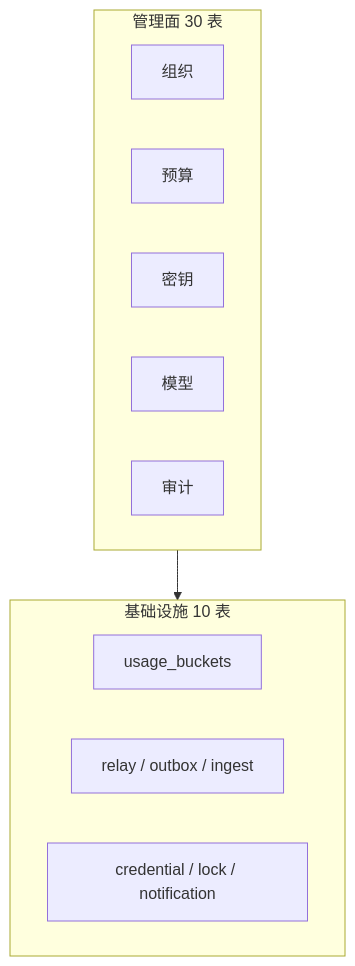
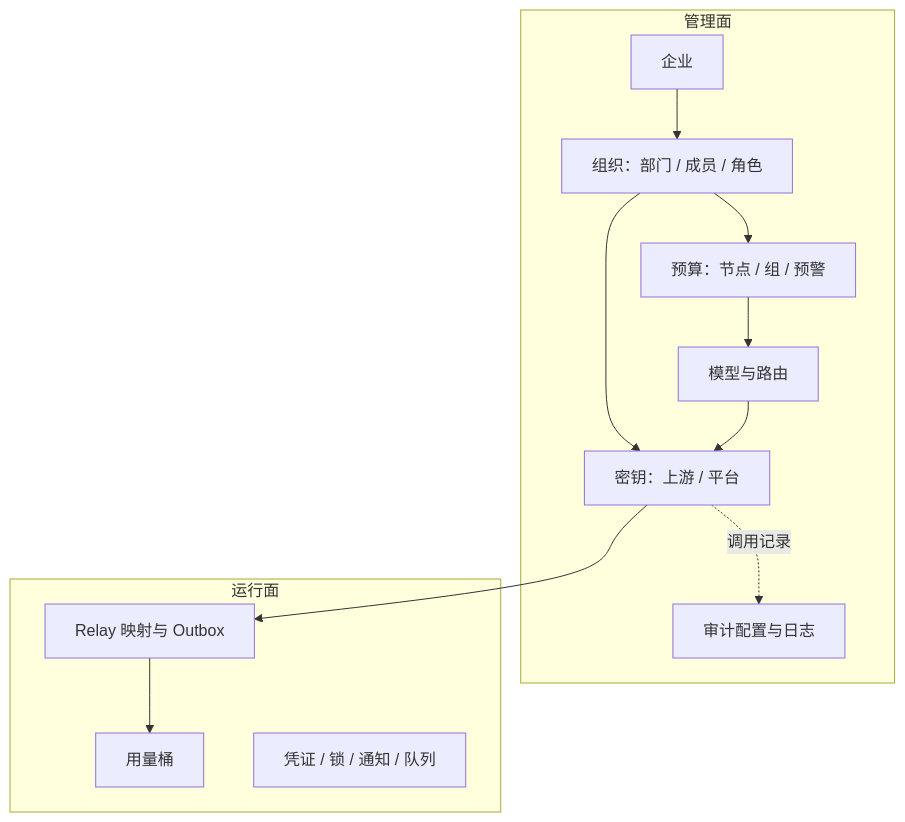
One commit to quyip8818/mytokenjoy changed the first of 21 diagrams in docs/Backend-存储架构.md. Above: the diagram before and after it, drawn with Mermaid. The commit also changed other lines of this file and 120 other files, not shown here.

````diff
--- a/docs/Backend-存储架构.md
+++ b/docs/Backend-存储架构.md
@@ -20,18 +22,26 @@
 ```mermaid
 flowchart TB
-  subgraph mgmt [管理面 30 表]
-    ORG[组织]
-    BUD[预算]
-    KEY[密钥]
-    MOD[模型]
-    AUD[审计]
+  subgraph mgmt [管理面]
+    CO[企业]
+    ORG[组织：部门 / 成员 / 角色]
+    BUD[预算：节点 / 组 / 预警]
+    KEY[密钥：上游 / 平台]
+    MOD[模型与路由]
+    AUD[审计配置与日志]
   end
 
-  subgraph infra [基础设施 10 表]
-    USG[usage_buckets]
-    RLY[relay / outbox / ingest]
-    OPS[credential / lock / notification]
+  subgraph runtime [运行面]
+    USG[用量桶]
+    RLY[Relay 映射与 Outbox]
+    OPS[凭证 / 锁 / 通知 / 队列]
   end
 
-  mgmt --> infra
+  CO --> ORG
+  ORG --> BUD
+  ORG --> KEY
+  MOD --> KEY
+  BUD --> MOD
+  KEY --> RLY
+  RLY --> USG
+  KEY -.->|调用记录| AUD
 ```
````
